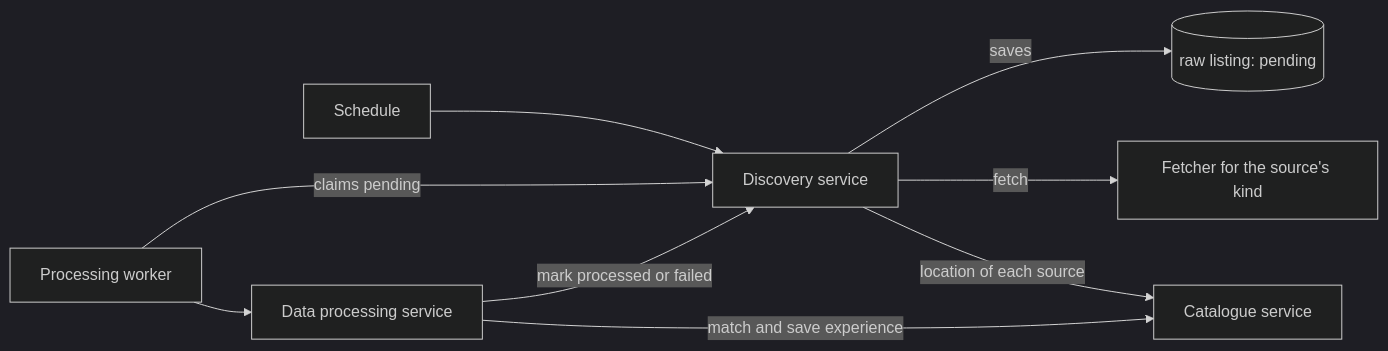
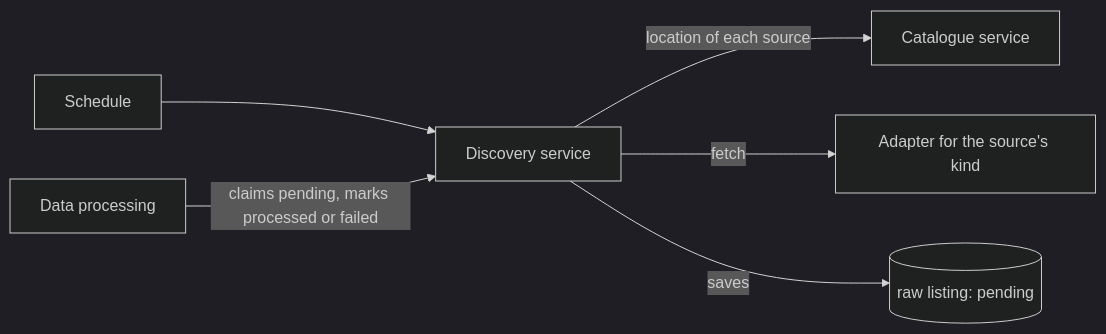
The diagram in docs/discovery.md (mdwt/magic-events), drawn with Mermaid (dark theme) before and after one commit. The commit also changed other lines of this file and 6 other files, not shown here.

First line of the commit message:
Docs: rename spec to architecture.md, add data-processing.md, settings per domain

````diff
--- a/docs/discovery.md
+++ b/docs/discovery.md
@@ -11,11 +13,8 @@
 ```mermaid
 flowchart LR
   SCH[Schedule] --> DIS[Discovery service]
   DIS -- location of each source --> CAT[Catalogue service]
-  DIS -- fetch --> F[Fetcher for the source's kind]
+  DIS -- fetch --> F[Adapter for the source's kind]
   DIS -- saves --> RL[(raw listing: pending)]
-  W[Processing worker] -- claims pending --> DIS
-  W --> DP[Data processing service]
-  DP -- match and save experience --> CAT
-  DP -- mark processed or failed --> DIS
+  DP[Data processing] -- claims pending, marks processed or failed --> DIS
 ```
````
